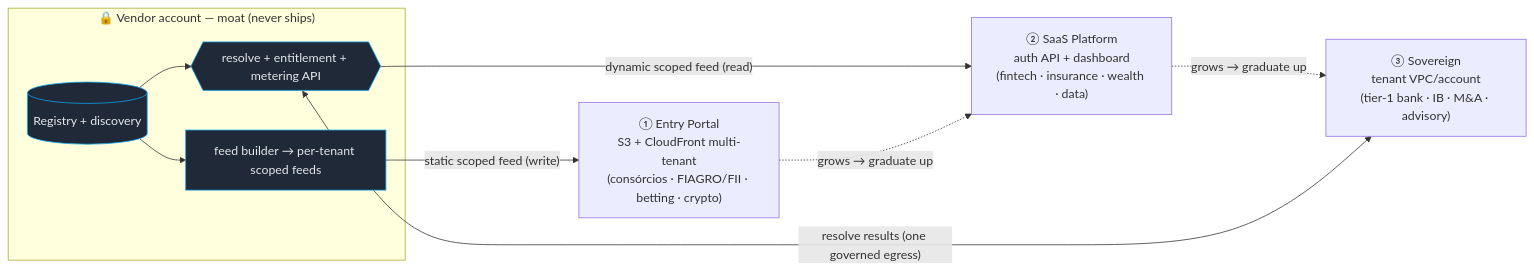
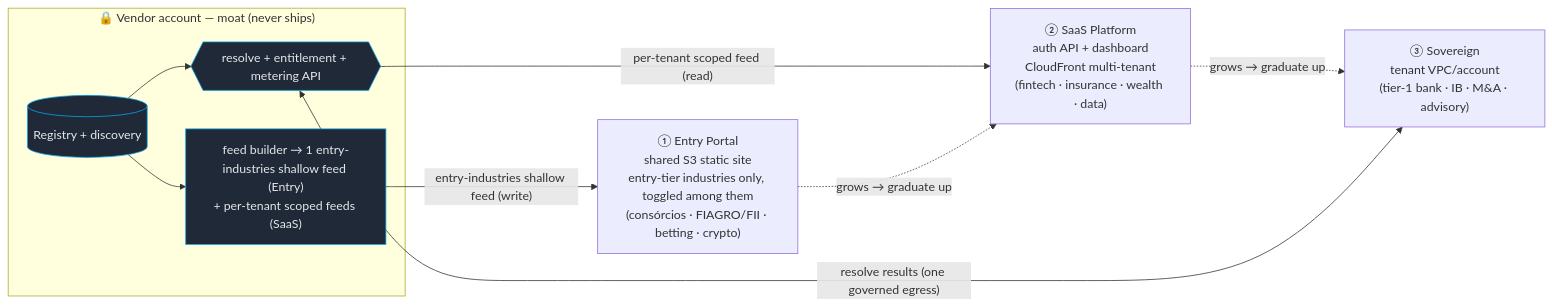
One commit to marcioyoshida/Signals-Competitor-Intelligence changed the diagram in docs/2026-08-30-adr-distribution-three-tier.md. Above: the diagram before and after it, drawn with Mermaid. The commit also changed other lines of this file, not shown here.

First line of the commit message:
docs(adr-016): correct Entry scope + move CloudFront multi-tenant to SaaS

````diff
--- a/docs/2026-08-30-adr-distribution-three-tier.md
+++ b/docs/2026-08-30-adr-distribution-three-tier.md
@@ -53,17 +53,17 @@
 ```mermaid
 flowchart LR
   subgraph MOAT["🔒 Vendor account — moat (never ships)"]
     REG[("Registry + discovery")]
     API{{"resolve + entitlement + metering API"}}
-    FB["feed builder → per-tenant scoped feeds"]
+    FB["feed builder → 1 entry-industries shallow feed (Entry)<br/>+ per-tenant scoped feeds (SaaS)"]
     REG --> API
     REG --> FB
   end
-  FB -->|"static scoped feed (write)"| ENTRY["① Entry Portal<br/>S3 + CloudFront multi-tenant<br/>(consórcios · FIAGRO/FII · betting · crypto)"]
-  API -->|"dynamic scoped feed (read)"| SAAS["② SaaS Platform<br/>auth API + dashboard<br/>(fintech · insurance · wealth · data)"]
+  FB -->|"entry-industries shallow feed (write)"| ENTRY["① Entry Portal<br/>shared S3 static site<br/>entry-tier industries only, toggled among them<br/>(consórcios · FIAGRO/FII · betting · crypto)"]
+  API -->|"per-tenant scoped feed (read)"| SAAS["② SaaS Platform<br/>auth API + dashboard<br/>CloudFront multi-tenant<br/>(fintech · insurance · wealth · data)"]
   SAAS -.->|"grows → graduate up"| SOV
   ENTRY -.->|"grows → graduate up"| SAAS
   API <-->|"resolve results (one governed egress)"| SOV["③ Sovereign<br/>tenant VPC/account<br/>(tier-1 bank · IB · M&A · advisory)"]
   classDef moat fill:#1f2937,stroke:#0ea5e9,color:#e5e7eb;
   class REG,API,FB moat;
 ```
````
